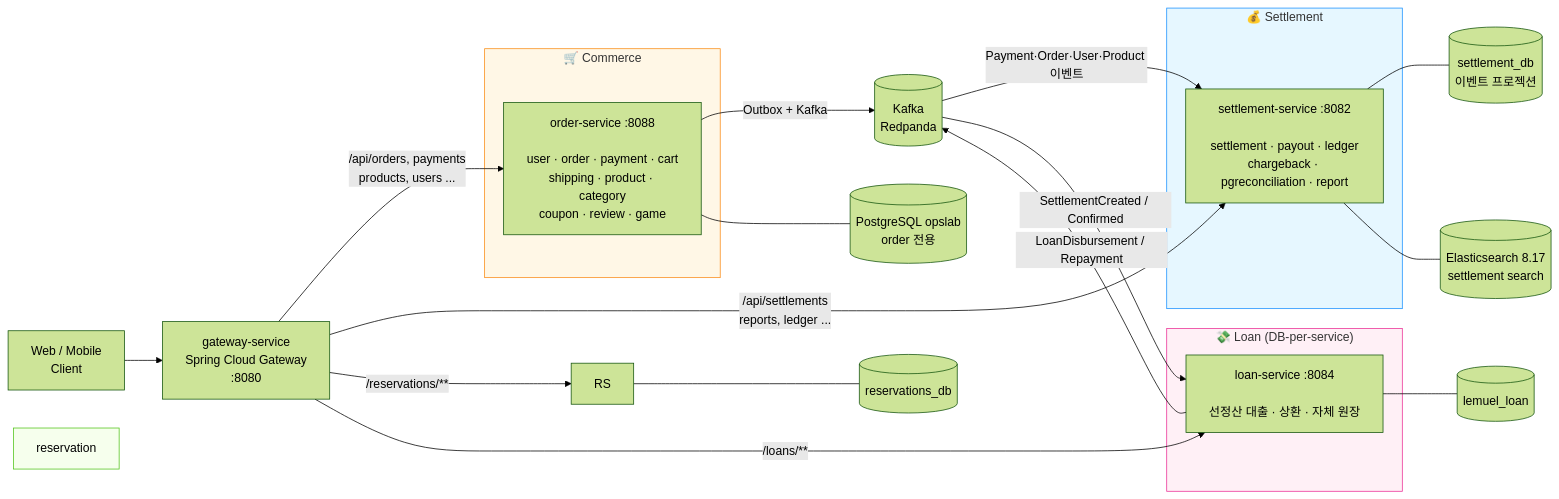
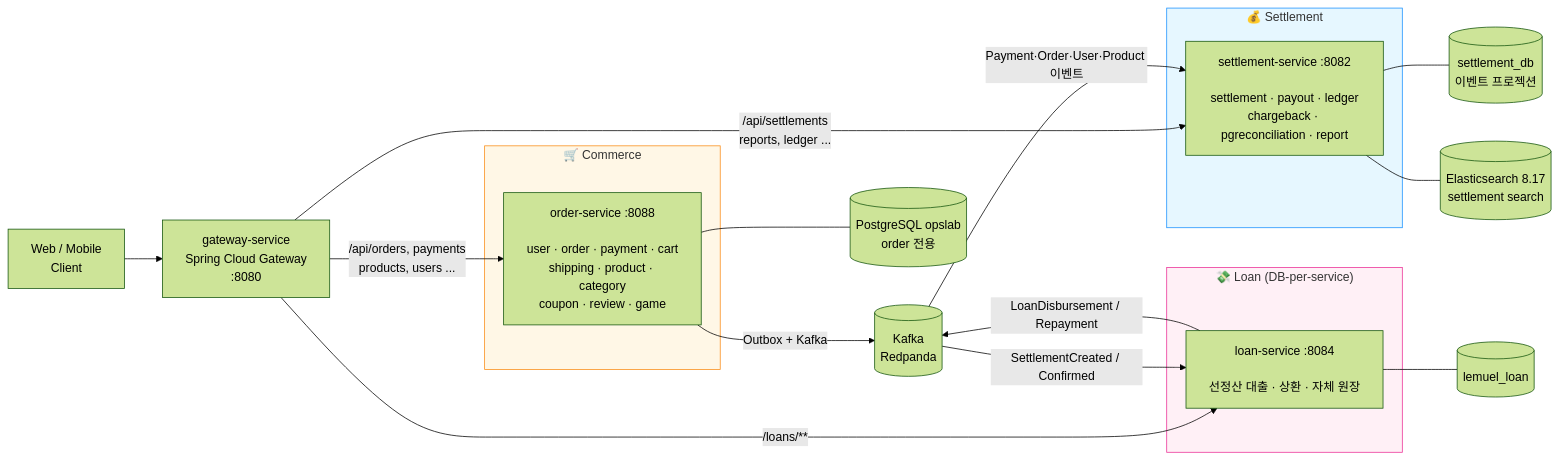
The diagram in README.md (MyoungSoo7/settlement), drawn with Mermaid (forest theme) before and after one commit. The commit also changed other lines of this file and 4 other files, not shown here.

````diff
--- a/README.md
+++ b/README.md
@@ -28,36 +28,33 @@
 ```mermaid
 flowchart LR
     Client["Web / Mobile<br/>Client"] --> GW
     GW["gateway-service<br/>Spring Cloud Gateway<br/>:8080"]
 
     GW -->|/api/orders, payments<br/>products, users ...| OS
     GW -->|/api/settlements<br/>reports, ledger ...| SS
-    GW -->|/reservations/**| RS
     GW -->|/loans/**| LS
 
     subgraph commerce["🛒 Commerce"]
         OS["order-service :8088<br/><br/>user · order · payment · cart<br/>shipping · product · category<br/>coupon · review · game"]
     end
     subgraph settlement["💰 Settlement"]
         SS["settlement-service :8082<br/><br/>settlement · payout · ledger<br/>chargeback · pgreconciliation · report"]
     end
     subgraph loan["💸 Loan (DB-per-service)"]
         LS["loan-service :8084<br/><br/>선정산 대출 · 상환 · 자체 원장"]
     end
 
     OS -->|Outbox + Kafka| K[(Kafka<br/>Redpanda)]
     K -->|Payment·Order·User·Product 이벤트| SS
     K -->|SettlementCreated / Confirmed| LS
     LS -->|LoanDisbursement / Repayment| K
 
     OS --- PG[(PostgreSQL opslab<br/>order 전용)]
     SS --- SDB[(settlement_db<br/>이벤트 프로젝션)]
-    RS --- RDB[(reservations_db)]
     LS --- LDB[(lemuel_loan)]
     SS --- ES[(Elasticsearch 8.17<br/>settlement search)]
 
     style commerce fill:#fff7e6,stroke:#fa8c16
     style settlement fill:#e6f7ff,stroke:#1890ff
-    style reservation fill:#f6ffed,stroke:#52c41a
     style loan fill:#fff0f6,stroke:#eb2f96
 ```
````
